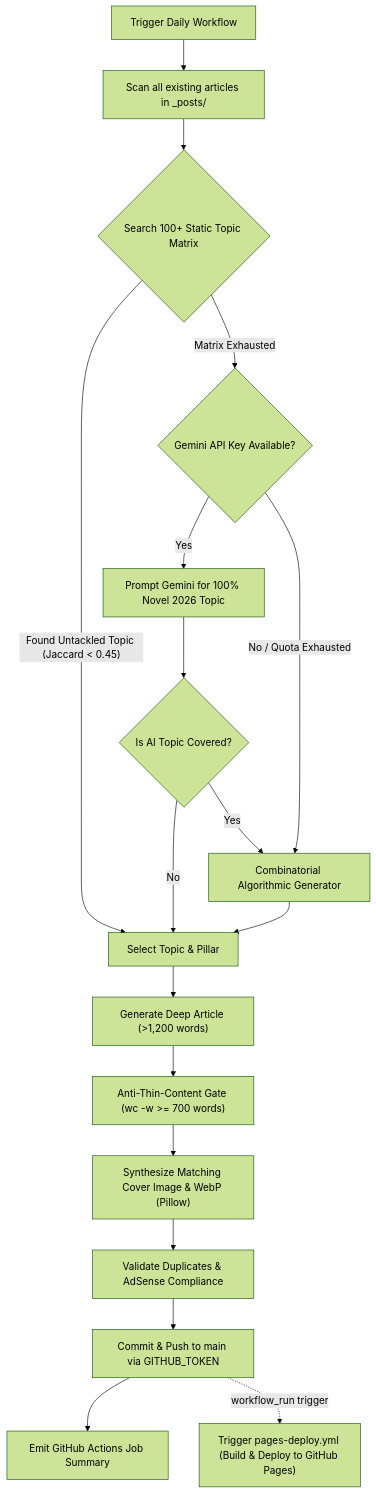
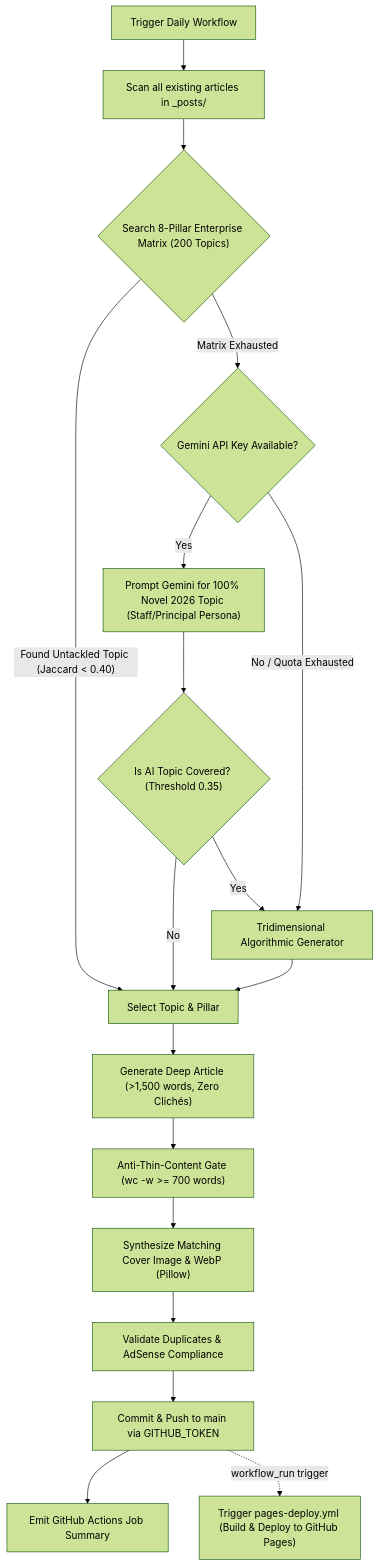
Before and after one commit to mach-playbook/mach-playbook.github.io: the diagram in wiki/publishing-pipeline-and-deduplication.md, drawn with Mermaid (forest theme). The commit also changed other lines of this file and 6 other files, not shown here.

Commit message:
feat(publisher): expand topic matrix to 200 enterprise topics, add tridimensional generator and unit test suite

````diff
--- a/wiki/publishing-pipeline-and-deduplication.md
+++ b/wiki/publishing-pipeline-and-deduplication.md
@@ -16,24 +16,24 @@
 ```mermaid
 flowchart TD
     Start["Trigger Daily Workflow"] --> Scan["Scan all existing articles in _posts/"]
-    Scan --> CheckMatrix{"Search 100+ Static Topic Matrix"}
+    Scan --> CheckMatrix{"Search 8-Pillar Enterprise Matrix (200 Topics)"}
     
-    CheckMatrix -->|"Found Untackled Topic (Jaccard < 0.45)"| PickTopic["Select Topic & Pillar"]
+    CheckMatrix -->|"Found Untackled Topic (Jaccard < 0.40)"| PickTopic["Select Topic & Pillar"]
     CheckMatrix -->|"Matrix Exhausted"| TryAI{"Gemini API Key Available?"}
     
-    TryAI -->|"Yes"| AIGen["Prompt Gemini for 100% Novel 2026 Topic"]
-    AIGen --> CheckAICovered{"Is AI Topic Covered?"}
+    TryAI -->|"Yes"| AIGen["Prompt Gemini for 100% Novel 2026 Topic (Staff/Principal Persona)"]
+    AIGen --> CheckAICovered{"Is AI Topic Covered? (Threshold 0.35)"}
     CheckAICovered -->|"No"| PickTopic
-    CheckAICovered -->|"Yes"| AlgoFallback["Combinatorial Algorithmic Generator"]
+    CheckAICovered -->|"Yes"| AlgoFallback["Tridimensional Algorithmic Generator"]
     
     TryAI -->|"No / Quota Exhausted"| AlgoFallback
     AlgoFallback --> PickTopic
     
-    PickTopic --> Generate["Generate Deep Article (>1,200 words)"]
+    PickTopic --> Generate["Generate Deep Article (>1,500 words, Zero Clichés)"]
     Generate --> AntiThinGate["Anti-Thin-Content Gate (wc -w >= 700 words)"]
     AntiThinGate --> CoverImage["Synthesize Matching Cover Image & WebP (Pillow)"]
     CoverImage --> Verify["Validate Duplicates & AdSense Compliance"]
     Verify --> Deploy["Commit & Push to main via GITHUB_TOKEN"]
     Deploy --> Summary["Emit GitHub Actions Job Summary"]
     Deploy -.->|workflow_run trigger| PagesDeploy["Trigger pages-deploy.yml (Build & Deploy to GitHub Pages)"]
 ```
````
